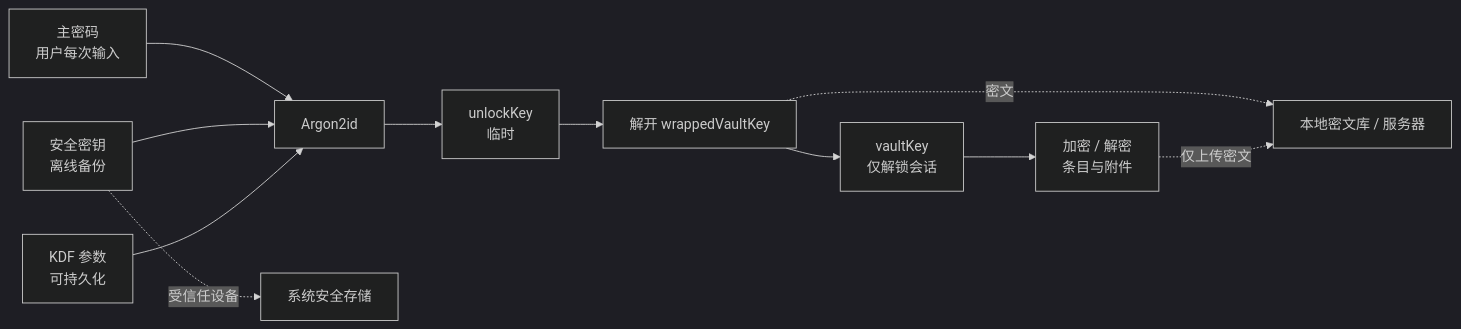
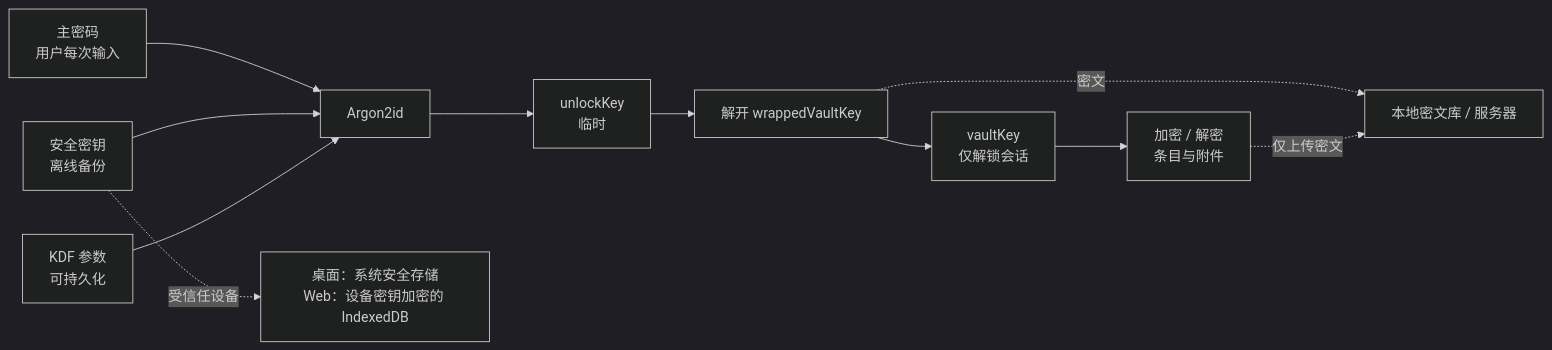
One commit to ftyszyx/lockpass-next changed the first of 2 diagrams in docs/security-model.md. Above: the diagram before and after it, drawn with Mermaid (dark theme). The commit also changed other lines of this file and 114 other files, not shown here.

````diff
--- a/docs/security-model.md
+++ b/docs/security-model.md
@@ -29,13 +29,13 @@
 ```mermaid
 flowchart LR
   password["主密码<br/>用户每次输入"] --> kdf["Argon2id"]
   secret["安全密钥<br/>离线备份"] --> kdf
   params["KDF 参数<br/>可持久化"] --> kdf
-  secret -. "受信任设备" .-> secureStore["系统安全存储"]
+  secret -. "受信任设备" .-> secureStore["桌面：系统安全存储<br/>Web：设备密钥加密的 IndexedDB"]
   kdf --> unlockKey["unlockKey<br/>临时"]
   unlockKey --> wrapped["解开 wrappedVaultKey"]
   wrapped --> vaultKey["vaultKey<br/>仅解锁会话"]
   vaultKey --> encrypted["加密 / 解密<br/>条目与附件"]
   wrapped -. "密文" .-> storage["本地密文库 / 服务器"]
   encrypted -. "仅上传密文" .-> storage
 ```
````
